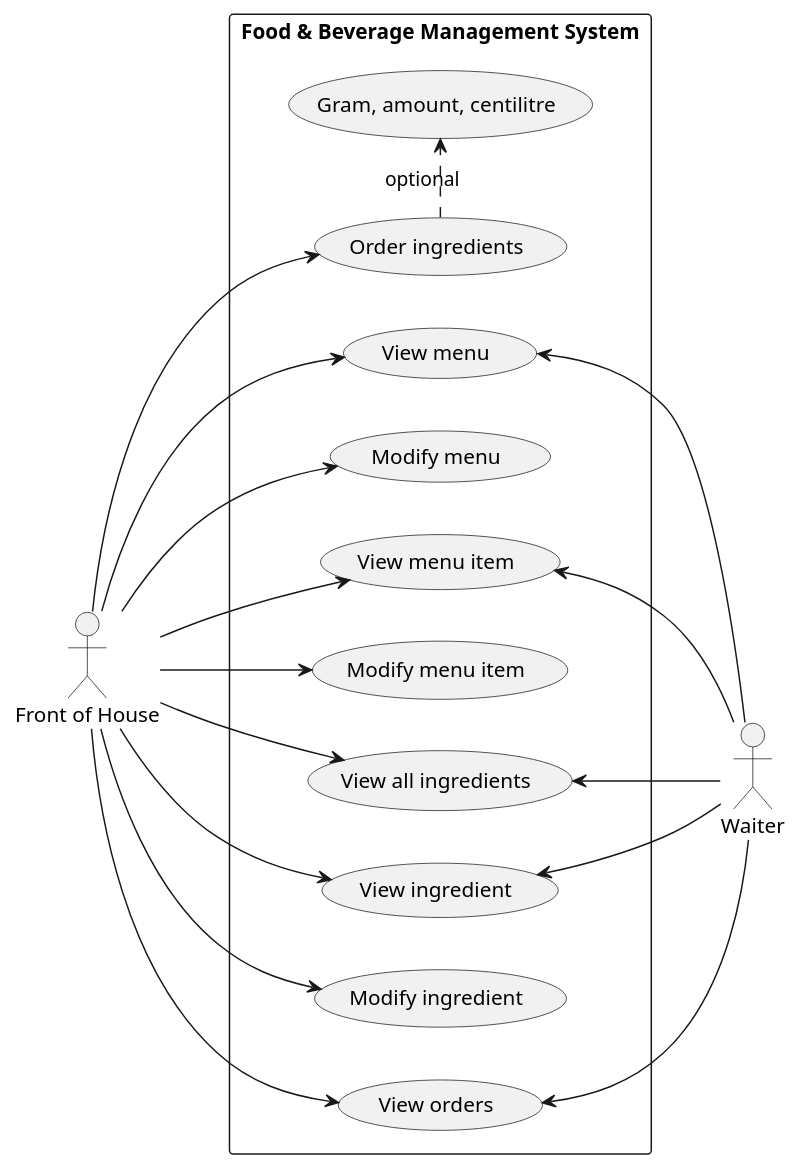
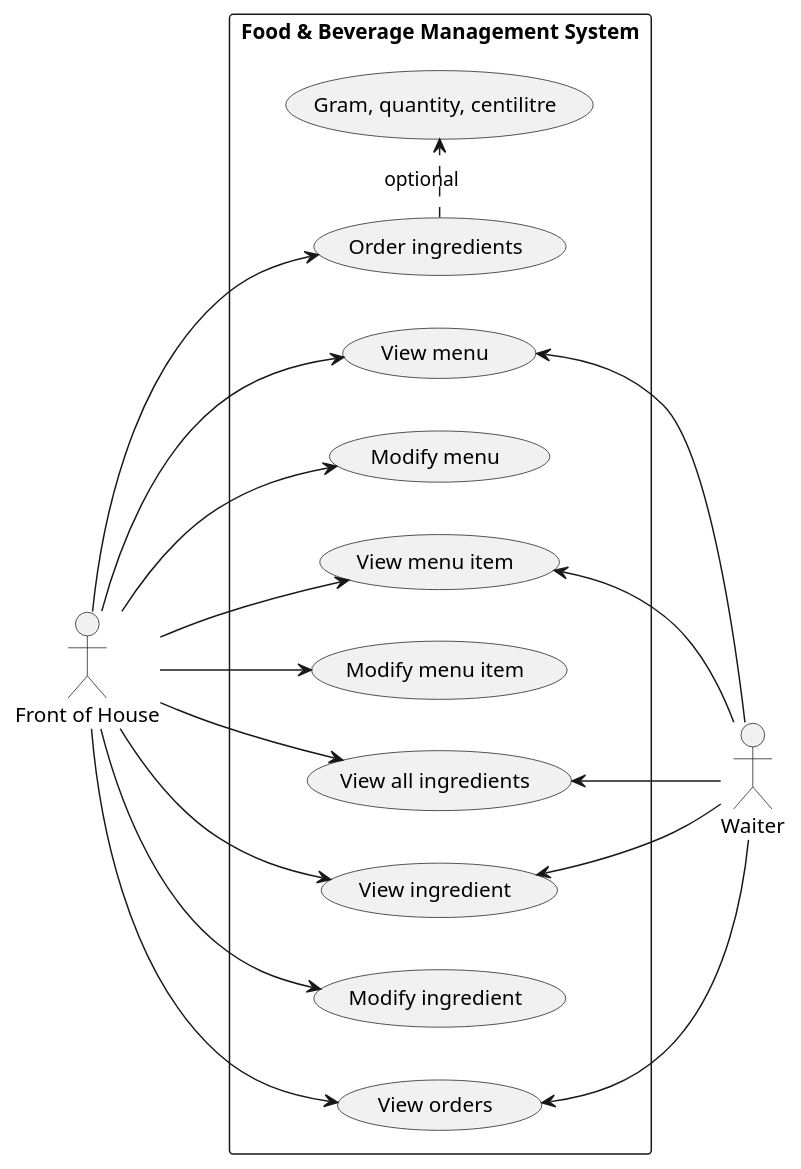
The diagram in src/main/docs/uml/use-case/restaurant/bar.puml (mrjink/molveno), drawn with PlantUML before and after one commit. The commit also changed 1 other file, not shown here.

```diff
--- a/src/main/docs/uml/use-case/restaurant/bar.puml
+++ b/src/main/docs/uml/use-case/restaurant/bar.puml
@@ -1,42 +1,42 @@
 @startuml
 
 left to right direction
 
 actor "Front of House" as FoH
 actor Waiter
 
 rectangle "Food & Beverage Management System" {
     (View menu) as (MenuView)
     (Modify menu) as (MenuUpdate)
 
     (View menu item) as (MenuItemView)
     (Modify menu item) as (MenuItemUpdate)
 
     (View all ingredients) as (IngredientAll)
     (View ingredient) as (IngredientView)
     (Modify ingredient) as (IngredientUpdate)
     (Order ingredients) as (IngredientOrder)
     (View orders) as (BarOrderView)
-    (Gram, amount, centilitre) as (IngredientQuantity)
+    (Gram, quantity, centilitre) as (IngredientQuantity)
 
     (IngredientOrder) .> (IngredientQuantity) : optional
 
     FoH --> (MenuView)
     FoH --> (MenuUpdate)
     FoH --> (MenuItemView)
     FoH --> (MenuItemUpdate)
 
     FoH --> (IngredientAll)
     FoH --> (IngredientView)
     FoH --> (IngredientUpdate)
     FoH --> (IngredientOrder)
     FoH --> (BarOrderView)
 
     (MenuView) <-- Waiter
     (MenuItemView) <-- Waiter
     (IngredientAll) <-- Waiter
     (IngredientView) <-- Waiter
     (BarOrderView) <-- Waiter
 }
 
 @enduml
```
